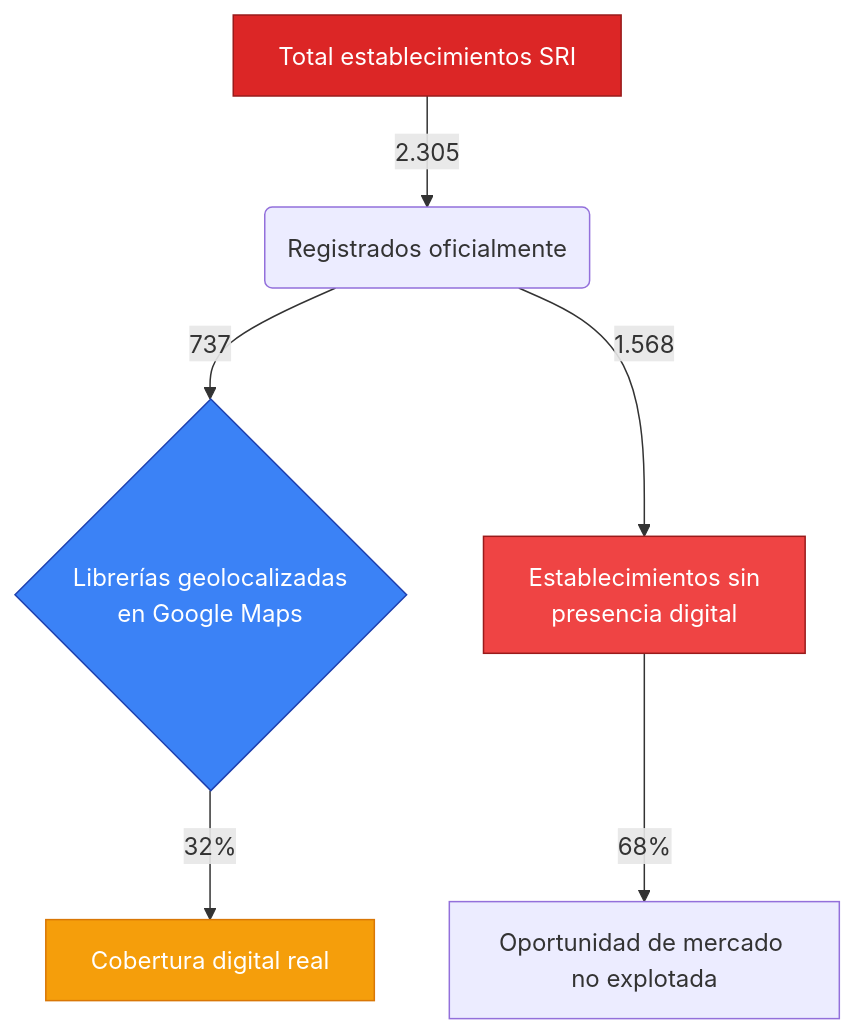
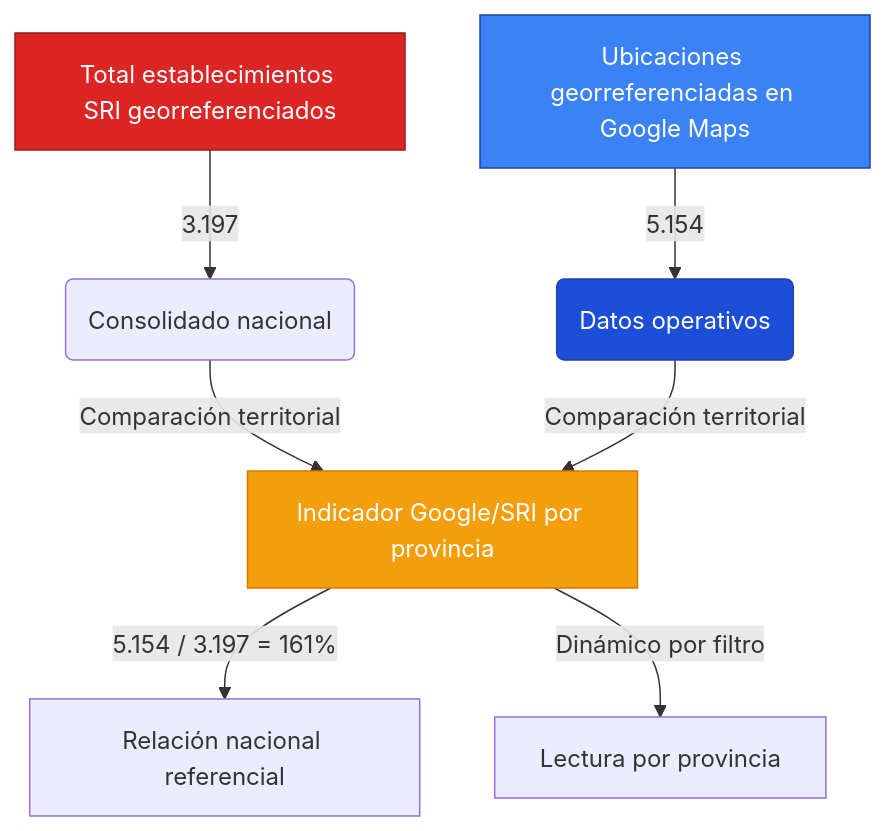
Before and after one commit to DanisonEdiel/Libros-Consolidado: the first of 2 diagrams in Readme.md, drawn with Mermaid. The commit also changed other lines of this file and 2 other files, not shown here.

````diff
--- a/Readme.md
+++ b/Readme.md
@@ -21,13 +35,14 @@
 ```mermaid
 graph TD
-    A[Total establecimientos SRI] -->|2.305| B(Registrados oficialmente)
-    B -->|737| C{Librerías geolocalizadas<br/>en Google Maps}
-    B -->|1.568| D[Establecimientos sin<br/>presencia digital]
-    C -->|32%| E[Cobertura digital real]
-    D -->|68%| F[Oportunidad de mercado no explotada]
+    A[Total establecimientos SRI georreferenciados] -->|3.197| B(Consolidado nacional)
+    C[Ubicaciones georreferenciadas en Google Maps] -->|5.154| D(Datos operativos)
+    B -->|Comparación territorial| E[Indicador Google/SRI por provincia]
+    D -->|Comparación territorial| E
+    E -->|5.154 / 3.197 = 161%| F[Relación nacional referencial]
+    E -->|Dinámico por filtro| G[Lectura por provincia]
 
     style A fill:#dc2626,stroke:#991b1b,color:white
     style C fill:#3b82f6,stroke:#1e40af,color:white
-    style D fill:#ef4444,stroke:#991b1b,color:white
+    style D fill:#1d4ed8,stroke:#1e40af,color:white
     style E fill:#f59e0b,stroke:#d97706,color:white
 ```
````
